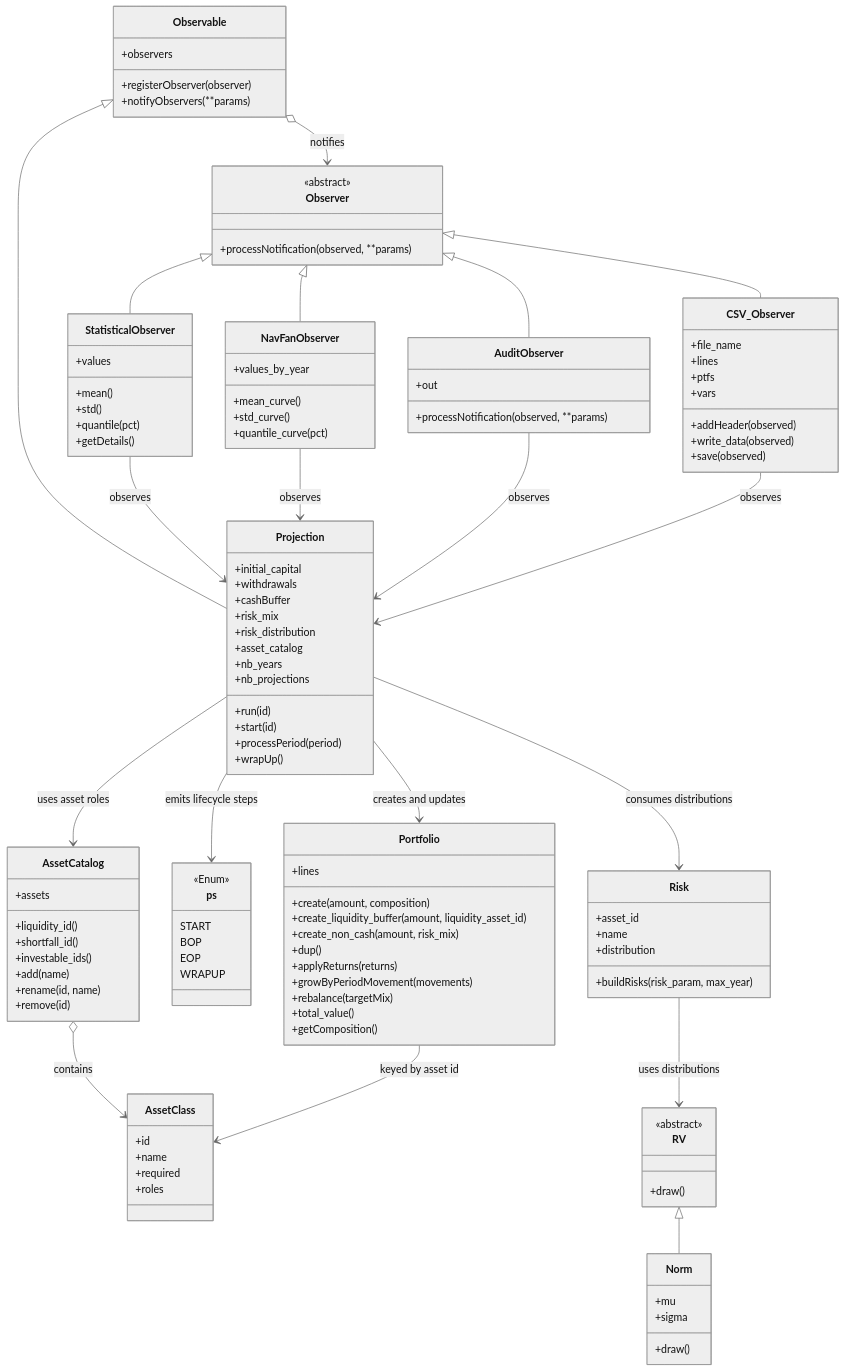
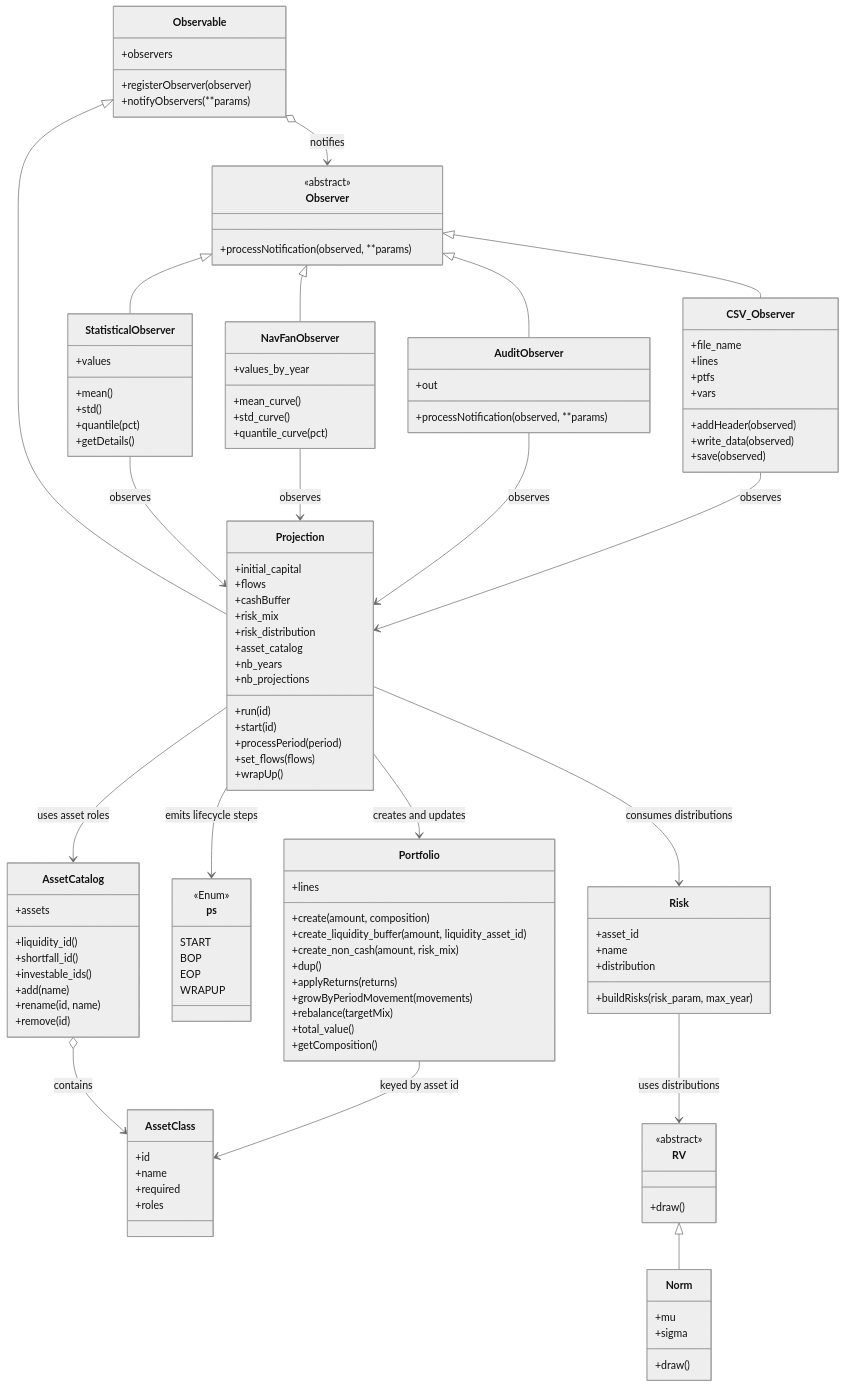
Before and after one commit to ajmscherer/finproj: the diagram in README.md, drawn with Mermaid (neutral theme). The commit also changed other lines of this file and 16 other files, not shown here.

```diff
--- a/README.md
+++ b/README.md
@@ -295,7 +368,7 @@
 
     class Projection {
       +initial_capital
-      +withdrawals
+      +flows
       +cashBuffer
       +risk_mix
       +risk_distribution
@@ -305,6 +378,7 @@
       +run(id)
       +start(id)
       +processPeriod(period)
+      +set_flows(flows)
       +wrapUp()
     }
 
```
